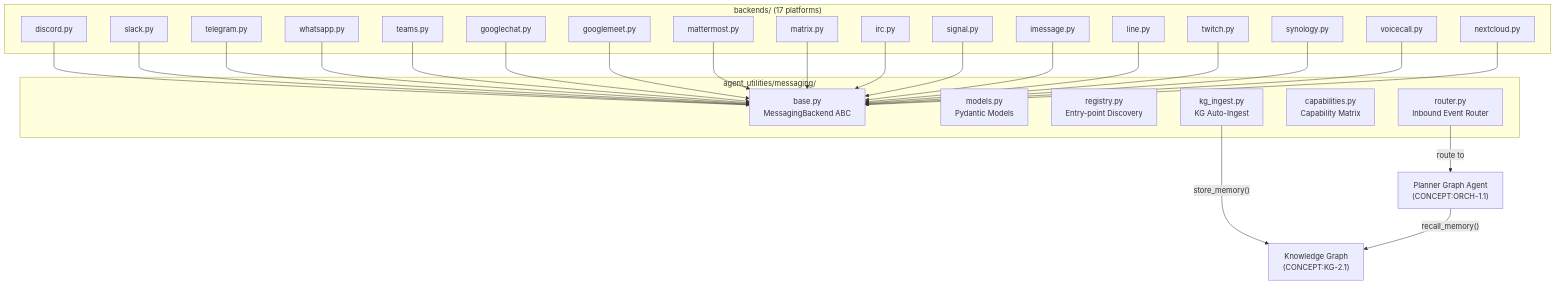
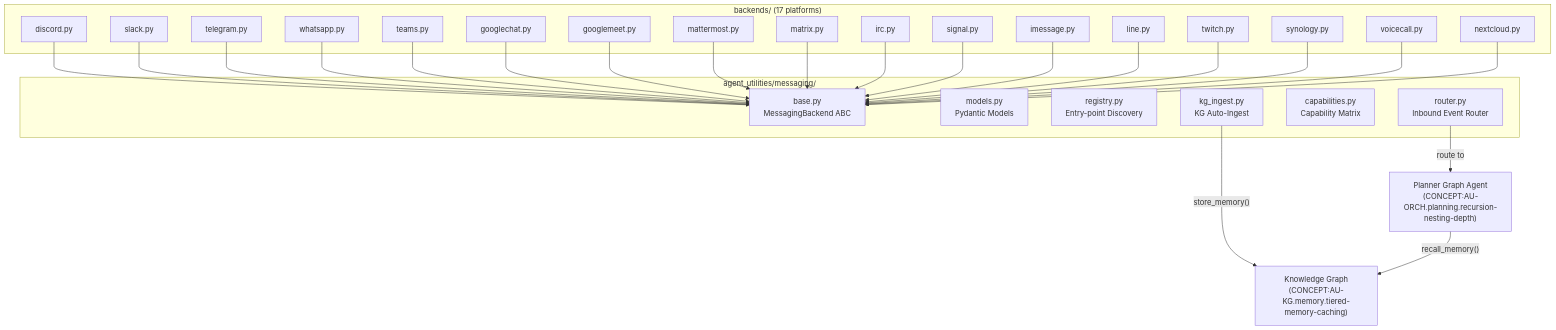
Before and after one commit to Knuckles-Team/agent-utilities: the first of 3 diagrams in docs/pillars/4_ecosystem_peripherals/ECO-4.5-Native_Messaging_Backend.md, drawn with Mermaid. The commit also changed other lines of this file and 2324 other files, not shown here.

````diff
--- a/docs/pillars/4_ecosystem_peripherals/ECO-4.5-Native_Messaging_Backend.md
+++ b/docs/pillars/4_ecosystem_peripherals/ECO-4.5-Native_Messaging_Backend.md
@@ -32,35 +32,35 @@
 ```mermaid
 graph TB
     subgraph "agent_utilities/messaging/"
         BASE["base.py<br/>MessagingBackend ABC"]
         MODELS["models.py<br/>Pydantic Models"]
         REG["registry.py<br/>Entry-point Discovery"]
         ROUTER["router.py<br/>Inbound Event Router"]
         CAP["capabilities.py<br/>Capability Matrix"]
         KGI["kg_ingest.py<br/>KG Auto-Ingest"]
     end
 
     subgraph "backends/ (17 platforms)"
         D[discord.py] --> BASE
         S[slack.py] --> BASE
         T[telegram.py] --> BASE
         W[whatsapp.py] --> BASE
         MS[teams.py] --> BASE
         GC[googlechat.py] --> BASE
         GM[googlemeet.py] --> BASE
         MM[mattermost.py] --> BASE
         MX[matrix.py] --> BASE
         IR[irc.py] --> BASE
         SG[signal.py] --> BASE
         IM[imessage.py] --> BASE
         LN[line.py] --> BASE
         TW[twitch.py] --> BASE
         SY[synology.py] --> BASE
         VC[voicecall.py] --> BASE
         NC[nextcloud.py] --> BASE
     end
 
-    ROUTER -->|"route to"| PLANNER["Planner Graph Agent<br/>(CONCEPT:ORCH-1.1)"]
-    KGI -->|"store_memory()"| KG["Knowledge Graph<br/>(CONCEPT:KG-2.1)"]
+    ROUTER -->|"route to"| PLANNER["Planner Graph Agent<br/>(CONCEPT:AU-ORCH.planning.recursion-nesting-depth)"]
+    KGI -->|"store_memory()"| KG["Knowledge Graph<br/>(CONCEPT:AU-KG.memory.tiered-memory-caching)"]
     PLANNER -->|"recall_memory()"| KG
 ```
````
